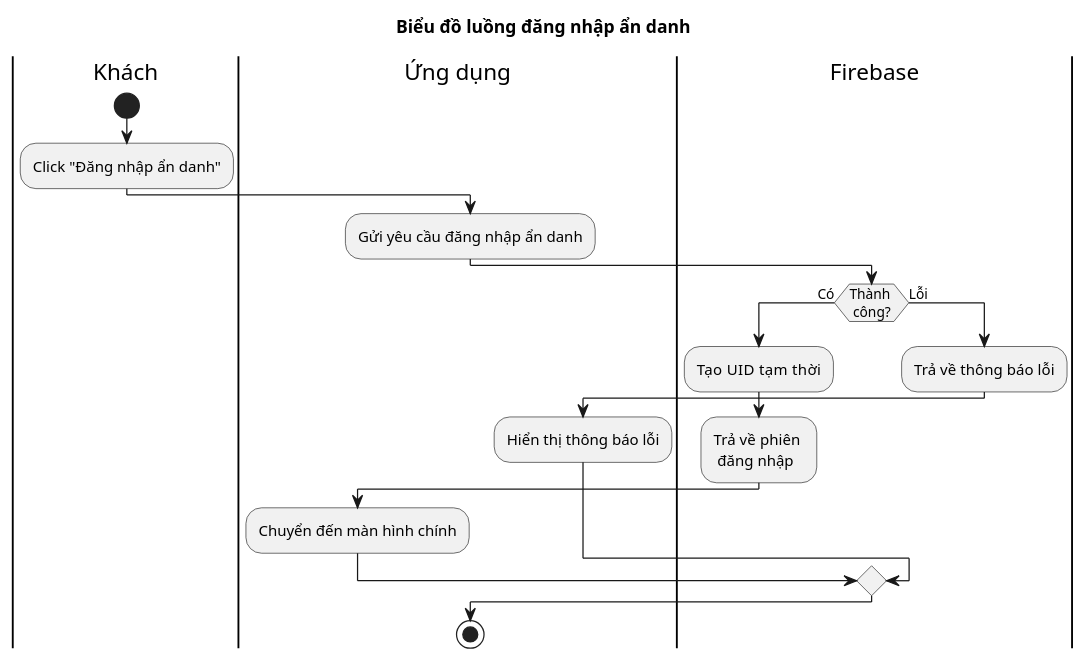
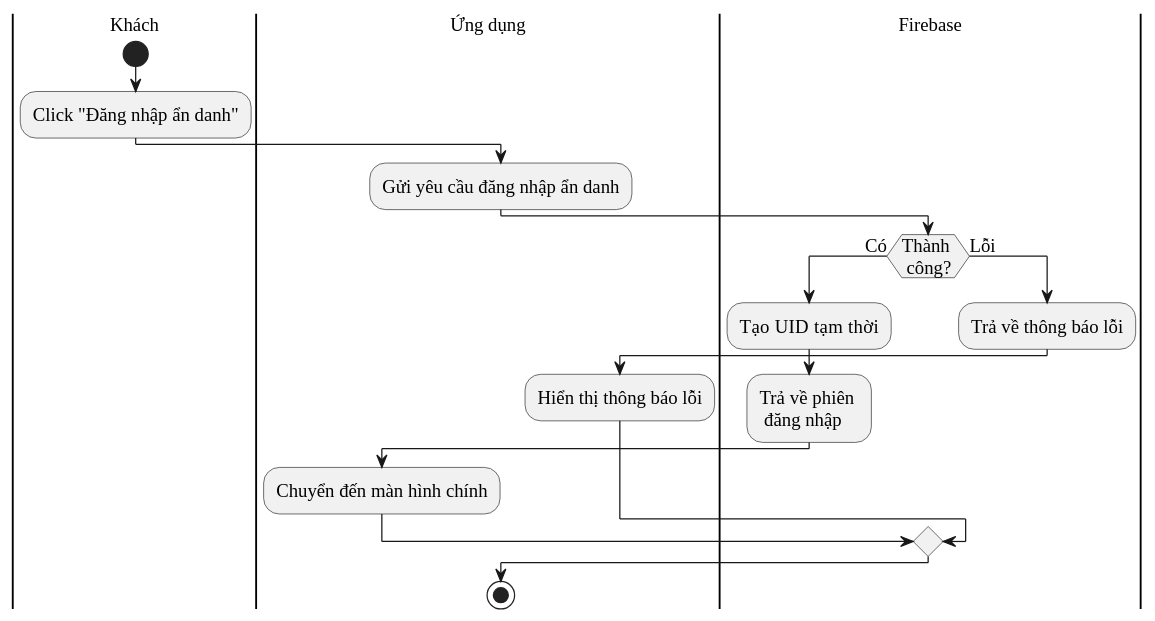
Before and after one commit to thecodinglife320/CookGood: the diagram in diagram/anonymous_sign_in.puml, drawn with PlantUML. The commit also changed 57 other files, not shown here.

```diff
--- a/diagram/anonymous_sign_in.puml
+++ b/diagram/anonymous_sign_in.puml
@@ -1,22 +1,24 @@
 @startuml
-title Biểu đồ luồng đăng nhập ẩn danh
+skinparam DefaultFontName "Liberation Serif"
+skinparam DefaultFontSize 15
+
 |Khách|
 start
 :Click "Đăng nhập ẩn danh";
 |Ứng dụng|
 :Gửi yêu cầu đăng nhập ẩn danh;
 |Firebase|
 if (Thành \n công?) then (Có)
   :Tạo UID  tạm thời;
   :Trả về phiên \n đăng nhập;
   |Ứng dụng|
   :Chuyển đến màn hình chính;
 else (Lỗi)
   |Firebase|
   :Trả về thông báo lỗi;
   |Ứng dụng|
   :Hiển thị thông báo lỗi;
 endif
 
 stop
 @enduml
```
